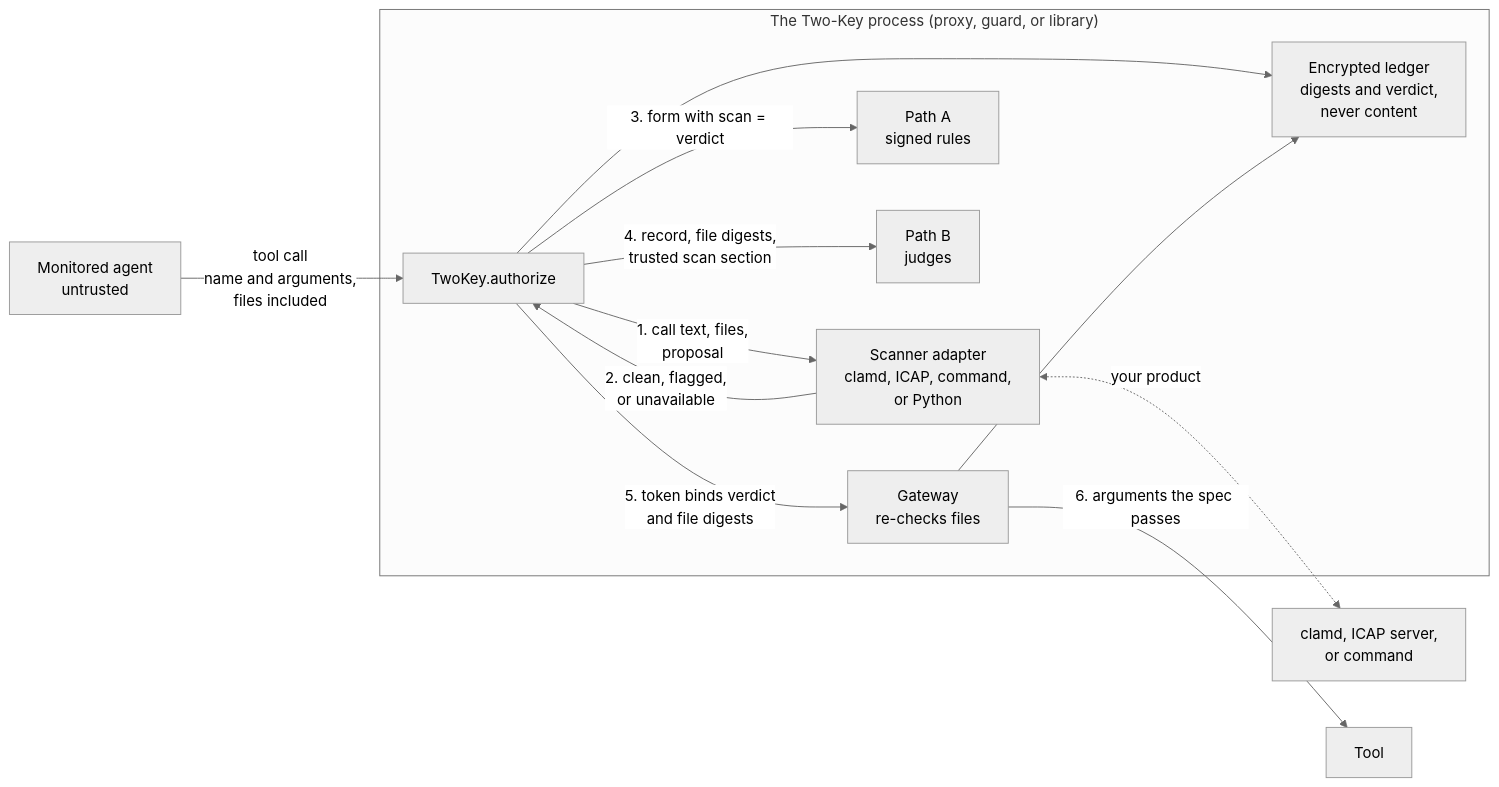
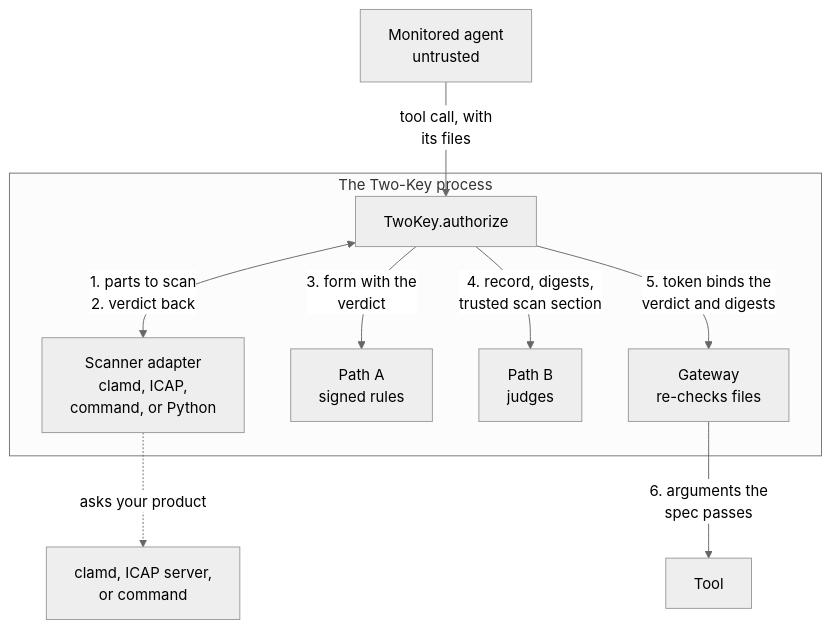
Before and after one commit to Insomniac-VibeLabs/two-key: the first of 6 diagrams in docs/SCANNERS.md, drawn with Mermaid (neutral theme). The commit also changed other lines of this file and 12 other files, not shown here.

First line of the commit message:
Redraw every diagram to one house style, checked by a test (#29)

````diff
--- a/docs/SCANNERS.md
+++ b/docs/SCANNERS.md
@@ -62,15 +62,12 @@
 ```mermaid
-flowchart LR
-  agent["Monitored agent<br/>untrusted"] -- "tool call<br/>name and arguments,<br/>files included" --> tk
-  subgraph process["The Two-Key process (proxy, guard, or library)"]
-    tk["TwoKey.authorize"] -- "1. call text, files,<br/>proposal" --> scanner["Scanner adapter<br/>clamd, ICAP, command,<br/>or Python"]
-    scanner -- "2. clean, flagged,<br/>or unavailable" --> tk
-    tk -- "3. form with scan = verdict" --> pathA["Path A<br/>signed rules"]
-    tk -- "4. record, file digests,<br/>trusted scan section" --> pathB["Path B<br/>judges"]
-    tk -- "5. token binds verdict<br/>and file digests" --> gw["Gateway<br/>re-checks files"]
-    tk --> ledger["Encrypted ledger<br/>digests and verdict,<br/>never content"]
-    gw --> ledger
+flowchart TD
+  agent["Monitored agent<br/>untrusted"] -- "tool call, with<br/>its files" --> tk
+  subgraph process["The Two-Key process"]
+    tk["TwoKey.authorize"] <-- "1. parts to scan<br/>2. verdict back" --> scanner["Scanner adapter<br/>clamd, ICAP,<br/>command, or Python"]
+    tk -- "3. form with the<br/>verdict" --> pathA["Path A<br/>signed rules"]
+    tk -- "4. record, digests,<br/>trusted scan section" --> pathB["Path B<br/>judges"]
+    tk -- "5. token binds the<br/>verdict and digests" --> gw["Gateway<br/>re-checks files"]
   end
-  scanner <-. "your product" .-> product["clamd, ICAP server,<br/>or command"]
-  gw -- "6. arguments the spec passes" --> tool["Tool"]
+  scanner -. "asks your product" .-> product["clamd, ICAP server,<br/>or command"]
+  gw -- "6. arguments the<br/>spec passes" --> tool["Tool"]
 ```
````
